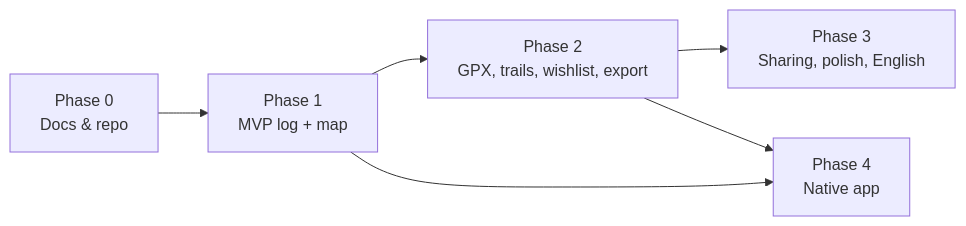
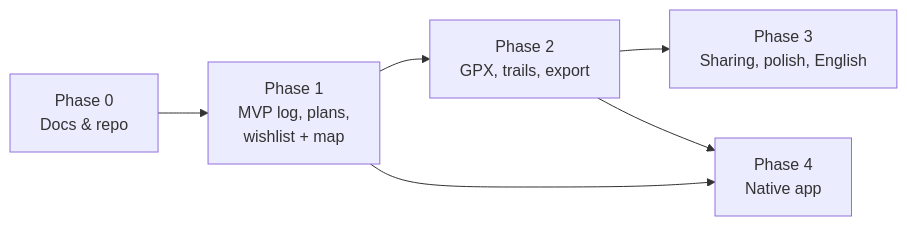
One commit to rekfar/docs changed the diagram in architecture/06-roadmap.md. Above: the diagram before and after it, drawn with Mermaid. The commit also changed other lines of this file and 2 other files, not shown here.

First line of the commit message:
docs: move the wishlist into roadmap Phase 1

````diff
--- a/architecture/06-roadmap.md
+++ b/architecture/06-roadmap.md
@@ -98,8 +102,8 @@
 ```mermaid
 flowchart LR
-    P0["Phase 0<br/>Docs & repo"] --> P1["Phase 1<br/>MVP log + map"]
-    P1 --> P2["Phase 2<br/>GPX, trails, wishlist, export"]
+    P0["Phase 0<br/>Docs & repo"] --> P1["Phase 1<br/>MVP log, plans,<br/>wishlist + map"]
+    P1 --> P2["Phase 2<br/>GPX, trails, export"]
     P2 --> P3["Phase 3<br/>Sharing, polish, English"]
     P1 --> P4["Phase 4<br/>Native app"]
     P2 --> P4
 ```
````
